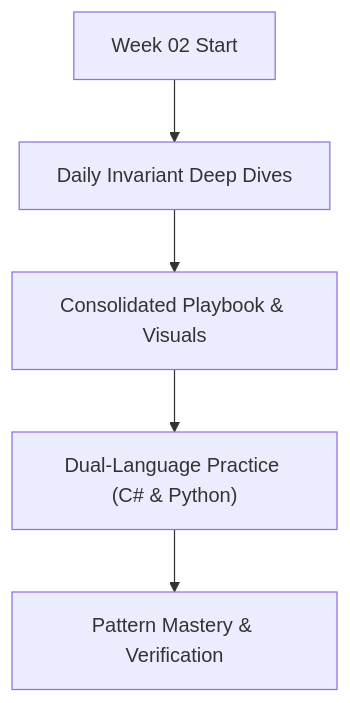
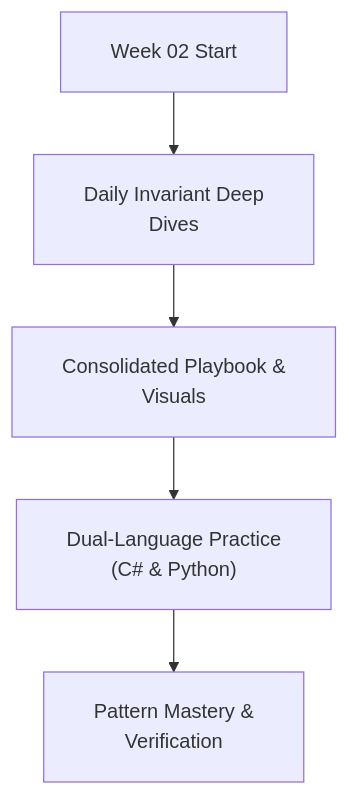
The diagram in week_02_foundations_ii_linear_data_structures/README.md (dip4k/DSA_102), drawn with Mermaid before and after one commit. The commit also changed 108 other files, not shown here.

First line of the commit message:
fix(mermaid): resolve diagram clipping, padding, and syntax issues across repo

````diff
--- a/week_02_foundations_ii_linear_data_structures/README.md
+++ b/week_02_foundations_ii_linear_data_structures/README.md
@@ -16,7 +16,8 @@
 ```mermaid
+%%{init: {"flowchart": {"htmlLabels": true, "padding": 20}}}%%
 flowchart TD
-    Start["Week 02 Start"] --> Daily["Daily Invariant Deep Dives"]
-    Daily --> Playbook["Consolidated Playbook & Visuals"]
-    Playbook --> DualLang["Dual-Language Practice (C# & Python)"]
-    DualLang --> Mastery["Pattern Mastery & Verification"]
+    Start["Week 02 Start"] --> Daily["Daily Invariant Deep<br/>Dives"]
+    Daily --> Playbook["Consolidated Playbook &<br/>Visuals"]
+    Playbook --> DualLang["Dual-Language Practice<br/>(C# & Python)"]
+    DualLang --> Mastery["Pattern Mastery &<br/>Verification"]
 ```
````
